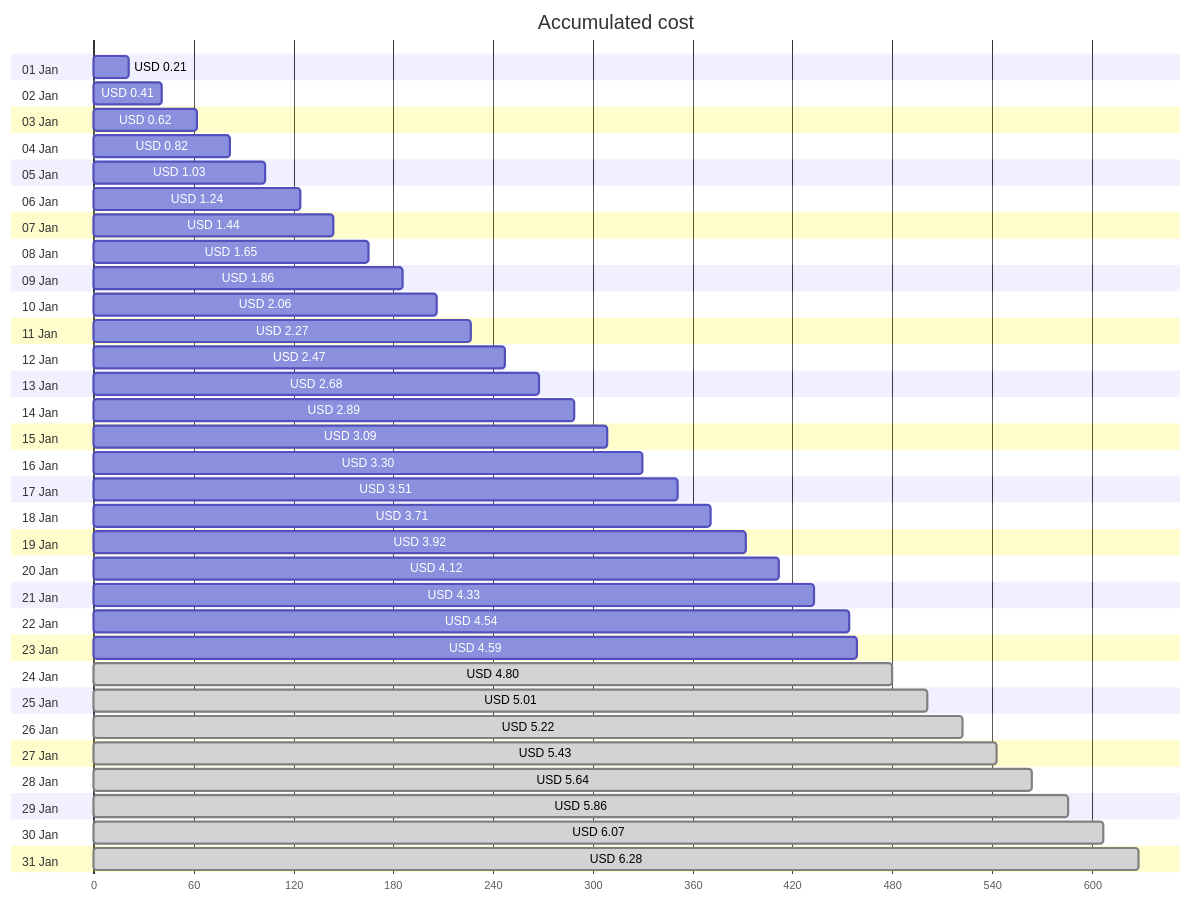
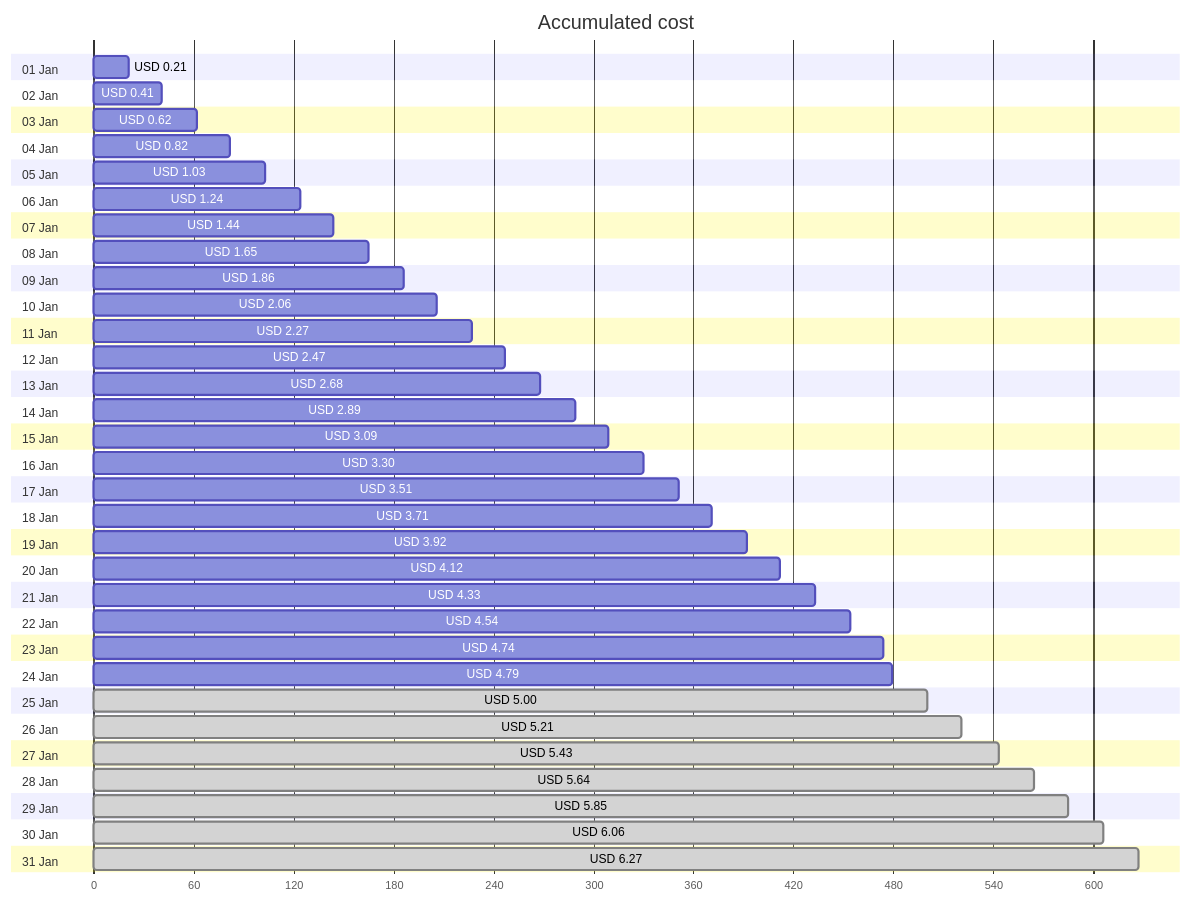
One commit to jpfulton/azure-personal-reports changed the first of 4 diagrams in cost-reports/personal-network/backup-server.md. Above: the diagram before and after it, drawn with Mermaid. The commit also changed other lines of this file and 8 other files, not shown here.

````diff
--- a/cost-reports/personal-network/backup-server.md
+++ b/cost-reports/personal-network/backup-server.md
@@ -20,68 +20,68 @@
 ```mermaid
 gantt
    title Accumulated cost
    dateFormat  X
    axisFormat %s
    section 01 Jan
    USD 0.21 :0, 21
    section 02 Jan
    USD 0.41 :0, 41
    section 03 Jan
    USD 0.62 :0, 62
    section 04 Jan
    USD 0.82 :0, 82
    section 05 Jan
    USD 1.03 :0, 103
    section 06 Jan
    USD 1.24 :0, 124
    section 07 Jan
    USD 1.44 :0, 144
    section 08 Jan
    USD 1.65 :0, 165
    section 09 Jan
    USD 1.86 :0, 186
    section 10 Jan
    USD 2.06 :0, 206
    section 11 Jan
    USD 2.27 :0, 227
    section 12 Jan
    USD 2.47 :0, 247
    section 13 Jan
    USD 2.68 :0, 268
    section 14 Jan
    USD 2.89 :0, 289
    section 15 Jan
    USD 3.09 :0, 309
    section 16 Jan
    USD 3.30 :0, 330
    section 17 Jan
    USD 3.51 :0, 351
    section 18 Jan
    USD 3.71 :0, 371
    section 19 Jan
    USD 3.92 :0, 392
    section 20 Jan
    USD 4.12 :0, 412
    section 21 Jan
    USD 4.33 :0, 433
    section 22 Jan
    USD 4.54 :0, 454
    section 23 Jan
-   USD 4.59 :0, 459
+   USD 4.74 :0, 474
    section 24 Jan
-   USD 4.80 : done, 0, 480
+   USD 4.79 :0, 479
    section 25 Jan
-   USD 5.01 : done, 0, 501
+   USD 5.00 : done, 0, 500
    section 26 Jan
-   USD 5.22 : done, 0, 522
+   USD 5.21 : done, 0, 521
    section 27 Jan
    USD 5.43 : done, 0, 543
    section 28 Jan
    USD 5.64 : done, 0, 564
    section 29 Jan
-   USD 5.86 : done, 0, 586
+   USD 5.85 : done, 0, 585
    section 30 Jan
-   USD 6.07 : done, 0, 607
+   USD 6.06 : done, 0, 606
    section 31 Jan
-   USD 6.28 : done, 0, 628
+   USD 6.27 : done, 0, 627
 ```
````
